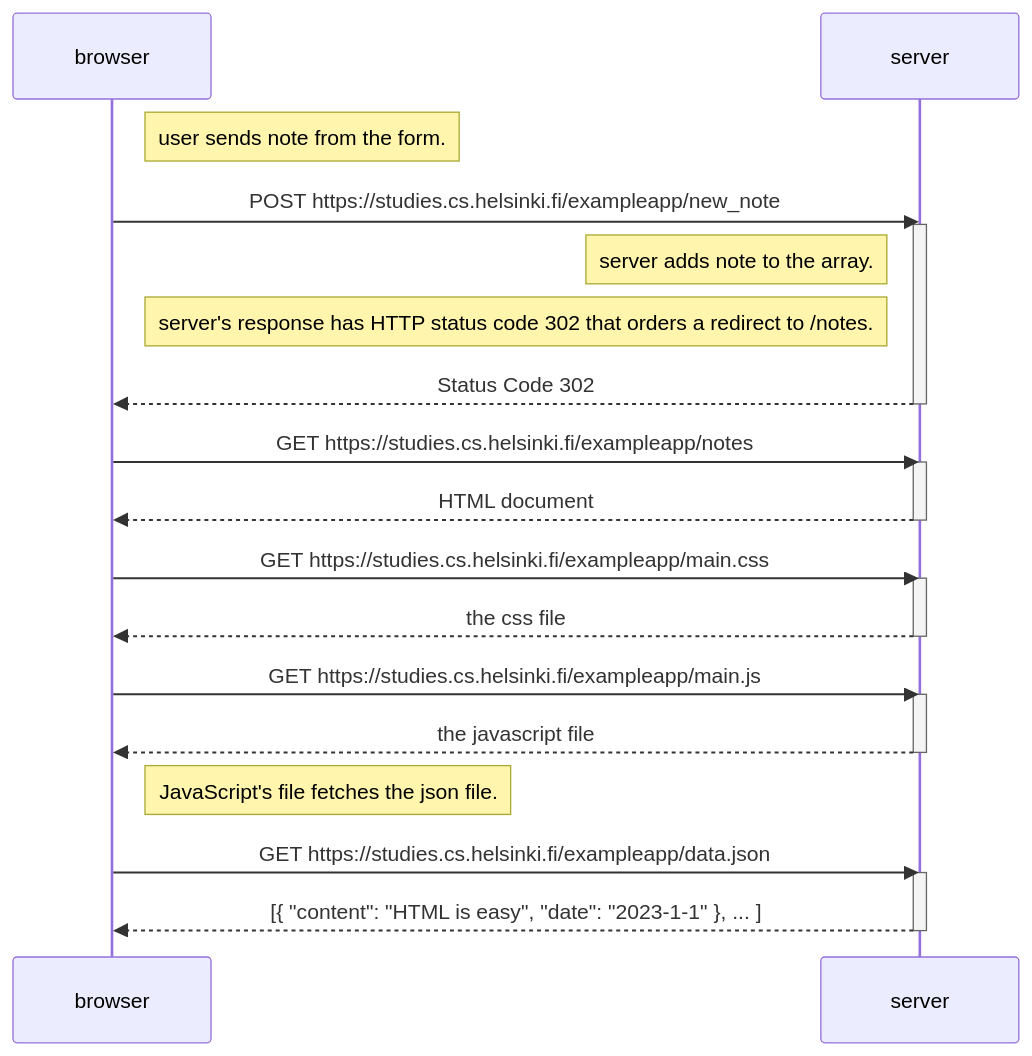
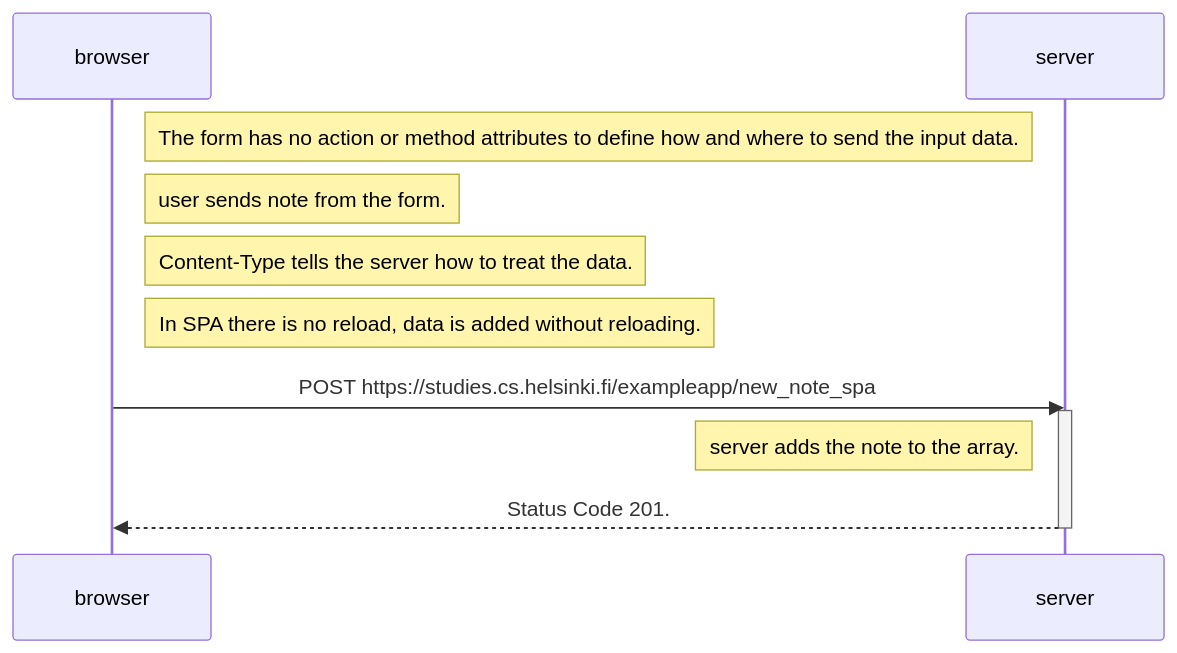
One commit to iabdwahab/full-stack-open changed the diagram in part0/0.6-New-note-in-Single-page-app-diagram.md. Above: the diagram before and after it, drawn with Mermaid.

Commit message:
Fixing the problem in part0.

````diff
--- a/part0/0.6-New-note-in-Single-page-app-diagram.md
+++ b/part0/0.6-New-note-in-Single-page-app-diagram.md
@@ -1,39 +1,17 @@
 ```mermaid
 sequenceDiagram
     participant browser
     participant server
 
+    Note right of browser: The form has no action or method attributes to define how and where to send the input data.
     Note right of browser: user sends note from the form.
+    Note right of browser: Content-Type tells the server how to treat the data.
+    Note right of browser: In SPA there is no reload, data is added without reloading.
 
-    browser->>server: POST https://studies.cs.helsinki.fi/exampleapp/new_note
+    browser->>server: POST https://studies.cs.helsinki.fi/exampleapp/new_note_spa
     activate server
 
-    Note left of server: server adds note to the array.
-    Note left of server: server's response has HTTP status code 302 that orders a redirect to /notes.
-
-    server-->>browser: Status Code 302
+    Note left of server: server adds the note to the array.
+    server-->>browser: Status Code 201.
     deactivate server
-
-    browser->>server: GET https://studies.cs.helsinki.fi/exampleapp/notes
-    activate server
-    server-->>browser: HTML document
-    deactivate server
-
-    browser->>server: GET https://studies.cs.helsinki.fi/exampleapp/main.css
-    activate server
-    server-->>browser: the css file
-    deactivate server
-
-    browser->>server: GET https://studies.cs.helsinki.fi/exampleapp/main.js
-    activate server
-    server-->>browser: the javascript file
-    deactivate server
-
-    Note right of browser: JavaScript's file fetches the json file.
-
-    browser->>server: GET https://studies.cs.helsinki.fi/exampleapp/data.json
-    activate server
-    server-->>browser: [{ "content": "HTML is easy", "date": "2023-1-1" }, ... ]
-    deactivate server
-
 ```
````
